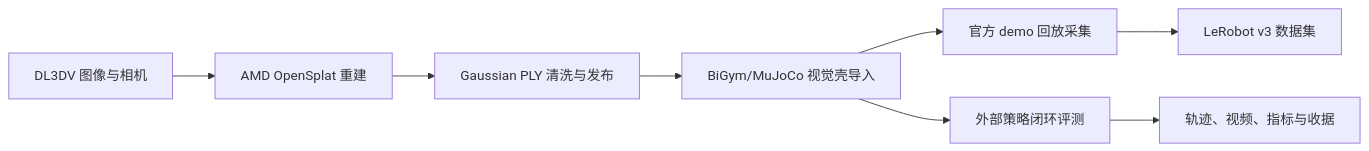
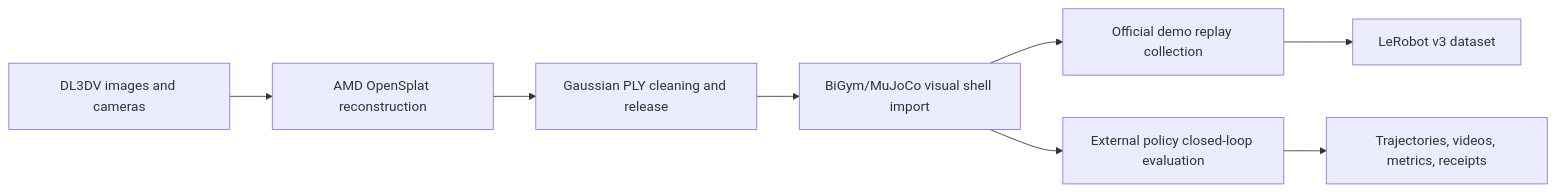
The diagram in docs/README.md (eust-w/amd-bigym-3dgs-rocm), drawn with Mermaid before and after one commit. The commit also changed other lines of this file and 31 other files, not shown here.

````diff
--- a/docs/README.md
+++ b/docs/README.md
@@ -7,10 +7,10 @@
 ```mermaid
 flowchart LR
-    A["DL3DV 图像与相机"] --> B["AMD OpenSplat 重建"]
-    B --> C["Gaussian PLY 清洗与发布"]
-    C --> D["BiGym/MuJoCo 视觉壳导入"]
-    D --> E["官方 demo 回放采集"]
-    D --> F["外部策略闭环评测"]
-    E --> G["LeRobot v3 数据集"]
-    F --> H["轨迹、视频、指标与收据"]
+    A["DL3DV images and cameras"] --> B["AMD OpenSplat reconstruction"]
+    B --> C["Gaussian PLY cleaning and release"]
+    C --> D["BiGym/MuJoCo visual shell import"]
+    D --> E["Official demo replay collection"]
+    D --> F["External policy closed-loop evaluation"]
+    E --> G["LeRobot v3 dataset"]
+    F --> H["Trajectories, videos, metrics, receipts"]
 ```
````
